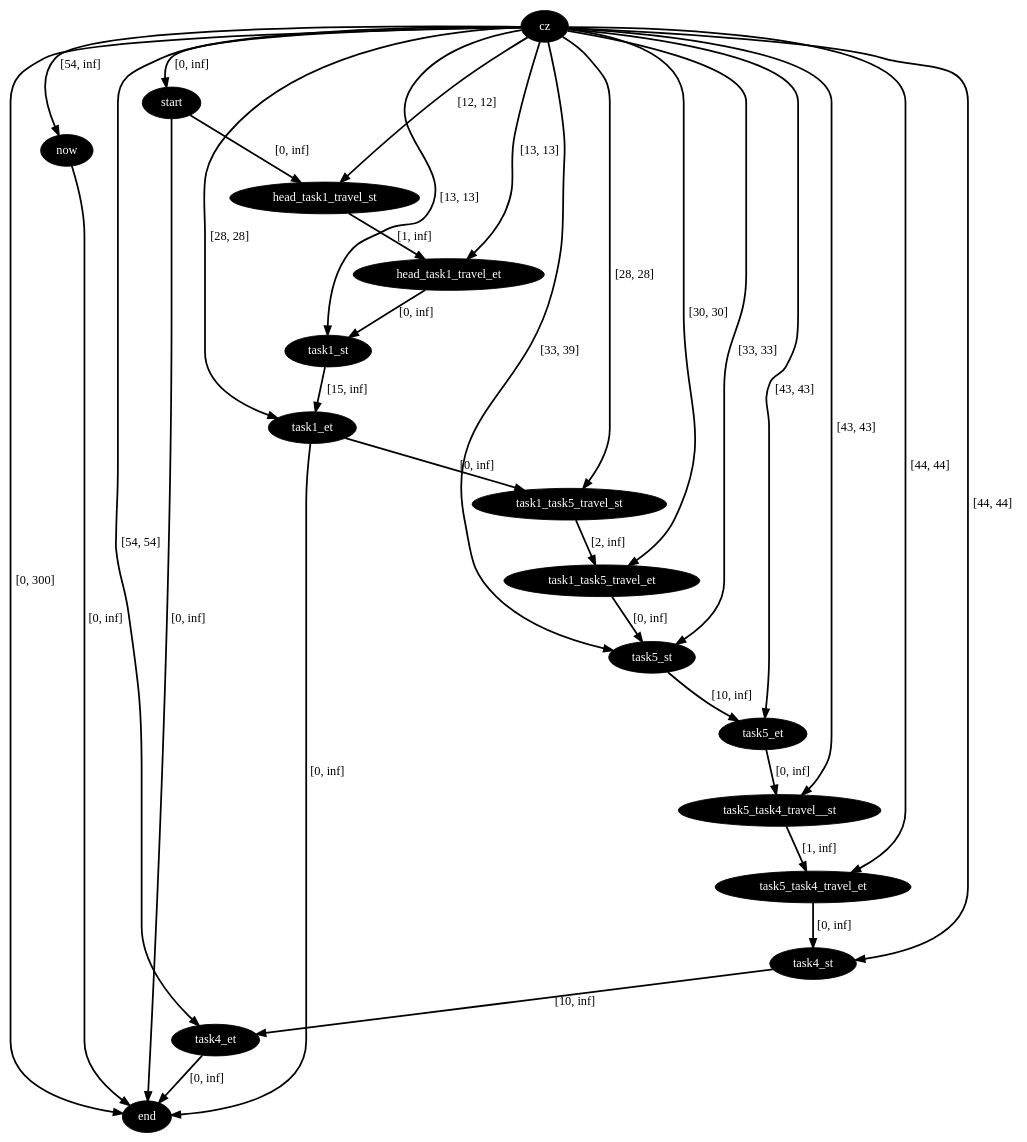
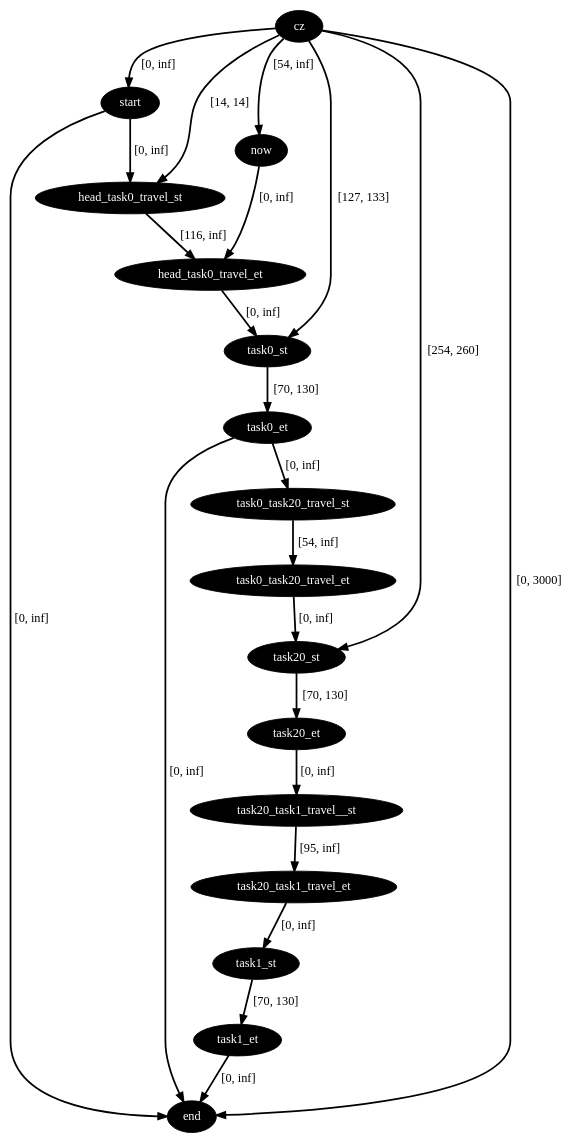
One commit to gkasha/maae changed the diagram in data/dot_files/agent_stn_0_t_54.dot. Above: the diagram before and after it, drawn with Graphviz. The commit also changed 5478 other files, not shown here.

```diff
--- a/data/dot_files/agent_stn_0_t_54.dot
+++ b/data/dot_files/agent_stn_0_t_54.dot
@@ -1,50 +1,40 @@
 digraph plan {
 0[label="cz",style=filled,fillcolor=black,fontcolor=white];
 1[label="start",style=filled,fillcolor=black,fontcolor=white];
 2[label="now",style=filled,fillcolor=black,fontcolor=white];
 3[label="end",style=filled,fillcolor=black,fontcolor=white];
-6[label="head_task1_travel_st",style=filled,fillcolor=black,fontcolor=white];
-7[label="head_task1_travel_et",style=filled,fillcolor=black,fontcolor=white];
-8[label="task1_st",style=filled,fillcolor=black,fontcolor=white];
-9[label="task1_et",style=filled,fillcolor=black,fontcolor=white];
-18[label="task4_st",style=filled,fillcolor=black,fontcolor=white];
-19[label="task4_et",style=filled,fillcolor=black,fontcolor=white];
-32[label="task5_st",style=filled,fillcolor=black,fontcolor=white];
-33[label="task5_et",style=filled,fillcolor=black,fontcolor=white];
-37[label="task1_task5_travel_st",style=filled,fillcolor=black,fontcolor=white];
-38[label="task1_task5_travel_et",style=filled,fillcolor=black,fontcolor=white];
-40[label="task5_task4_travel__st",style=filled,fillcolor=black,fontcolor=white];
-41[label="task5_task4_travel_et",style=filled,fillcolor=black,fontcolor=white];
+7[label="head_task0_travel_st",style=filled,fillcolor=black,fontcolor=white];
+8[label="head_task0_travel_et",style=filled,fillcolor=black,fontcolor=white];
+9[label="task0_st",style=filled,fillcolor=black,fontcolor=white];
+10[label="task0_et",style=filled,fillcolor=black,fontcolor=white];
+17[label="task1_st",style=filled,fillcolor=black,fontcolor=white];
+18[label="task1_et",style=filled,fillcolor=black,fontcolor=white];
+101[label="task0_task20_travel_st",style=filled,fillcolor=black,fontcolor=white];
+102[label="task0_task20_travel_et",style=filled,fillcolor=black,fontcolor=white];
+103[label="task20_st",style=filled,fillcolor=black,fontcolor=white];
+104[label="task20_et",style=filled,fillcolor=black,fontcolor=white];
+105[label="task20_task1_travel__st",style=filled,fillcolor=black,fontcolor=white];
+106[label="task20_task1_travel_et",style=filled,fillcolor=black,fontcolor=white];
 "0"->"1"[label="[0, inf]",penwidth=2,color=black];
-"0"->"3"[label="[0, 300]",penwidth=2,color=black];
-"6"->"7"[label="[1, inf]",penwidth=2,color=black];
-"0"->"7"[label="[13, 13]",penwidth=2,color=black];
-"1"->"6"[label="[0, inf]",penwidth=2,color=black];
-"0"->"6"[label="[12, 12]",penwidth=2,color=black];
+"0"->"3"[label="[0, 3000]",penwidth=2,color=black];
+"7"->"8"[label="[116, inf]",penwidth=2,color=black];
+"1"->"7"[label="[0, inf]",penwidth=2,color=black];
+"0"->"7"[label="[14, 14]",penwidth=2,color=black];
 "0"->"2"[label="[54, inf]",penwidth=2,color=black];
-"2"->"3"[label="[0, inf]",penwidth=2,color=black];
+"2"->"8"[label="[0, inf]",penwidth=2,color=black];
 "1"->"3"[label="[0, inf]",penwidth=2,color=black];
-"0"->"9"[label="[28, 28]",penwidth=2,color=black];
-"9"->"3"[label="[0, inf]",penwidth=2,color=black];
-"0"->"8"[label="[13, 13]",penwidth=2,color=black];
-"37"->"38"[label="[2, inf]",penwidth=2,color=black];
-"0"->"38"[label="[30, 30]",penwidth=2,color=black];
-"9"->"37"[label="[0, inf]",penwidth=2,color=black];
-"0"->"37"[label="[28, 28]",penwidth=2,color=black];
-"8"->"9"[label="[15, inf]",penwidth=2,color=black];
-"7"->"8"[label="[0, inf]",penwidth=2,color=black];
-"0"->"19"[label="[54, 54]",penwidth=2,color=black];
-"19"->"3"[label="[0, inf]",penwidth=2,color=black];
-"0"->"18"[label="[44, 44]",penwidth=2,color=black];
-"18"->"19"[label="[10, inf]",penwidth=2,color=black];
-"0"->"33"[label="[43, 43]",penwidth=2,color=black];
-"0"->"32"[label="[33, 33]",penwidth=2,color=black];
-"0"->"32"[label="[33, 39]",penwidth=2,color=black];
-"0"->"40"[label="[43, 43]",penwidth=2,color=black];
-"41"->"18"[label="[0, inf]",penwidth=2,color=black];
-"0"->"41"[label="[44, 44]",penwidth=2,color=black];
-"33"->"40"[label="[0, inf]",penwidth=2,color=black];
-"40"->"41"[label="[1, inf]",penwidth=2,color=black];
-"32"->"33"[label="[10, inf]",penwidth=2,color=black];
-"38"->"32"[label="[0, inf]",penwidth=2,color=black];
+"10"->"3"[label="[0, inf]",penwidth=2,color=black];
+"0"->"9"[label="[127, 133]",penwidth=2,color=black];
+"101"->"102"[label="[54, inf]",penwidth=2,color=black];
+"10"->"101"[label="[0, inf]",penwidth=2,color=black];
+"9"->"10"[label="[70, 130]",penwidth=2,color=black];
+"8"->"9"[label="[0, inf]",penwidth=2,color=black];
+"18"->"3"[label="[0, inf]",penwidth=2,color=black];
+"17"->"18"[label="[70, 130]",penwidth=2,color=black];
+"0"->"103"[label="[254, 260]",penwidth=2,color=black];
+"106"->"17"[label="[0, inf]",penwidth=2,color=black];
+"104"->"105"[label="[0, inf]",penwidth=2,color=black];
+"105"->"106"[label="[95, inf]",penwidth=2,color=black];
+"103"->"104"[label="[70, 130]",penwidth=2,color=black];
+"102"->"103"[label="[0, inf]",penwidth=2,color=black];
 }
```
